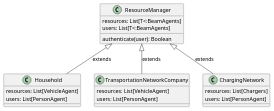
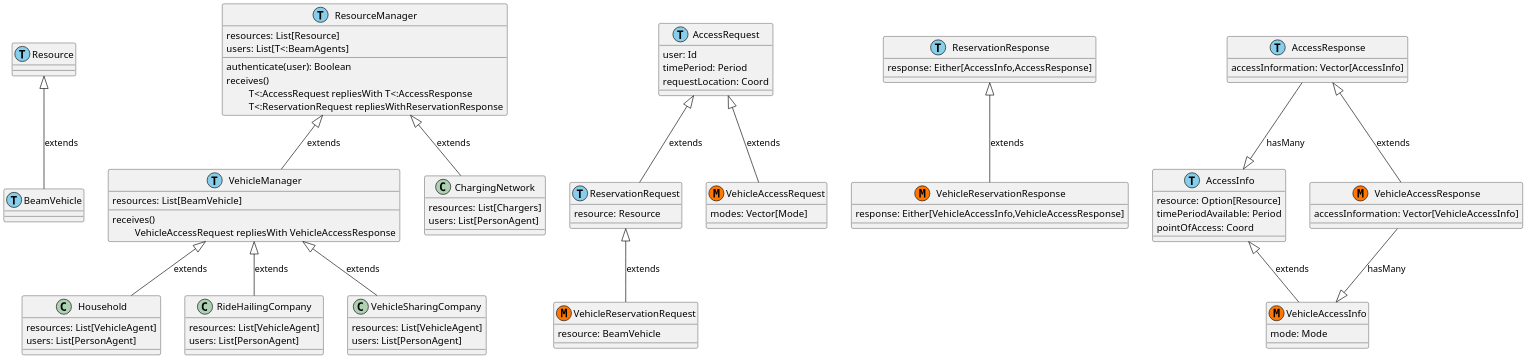
Before and after one commit to LBNL-UCB-STI/beam: the diagram in docs/uml/ResourceManagers.puml, drawn with PlantUML.

Commit message:
updated UML for resource mangers vehicle managers and related messages

```diff
--- a/docs/uml/ResourceManagers.puml
+++ b/docs/uml/ResourceManagers.puml
@@ -1,35 +1,96 @@
 @startuml
-scale 300 height
+scale 1000 height
 
 ' See this page for diagram conventions:
 ' http://plantuml.com/class-diagram
 
 /'
 NOTES:
  '/
+class Resource << (T,skyblue) >>{
+}
+class BeamVehicle << (T,skyblue) >>{
+}
 
-class ResourceManager{
-  resources: List[T<:BeamAgents]
+class ResourceManager << (T,skyblue) >>{
+  resources: List[Resource]
   users: List[T<:BeamAgents]
   authenticate(user): Boolean
+  receives()\n \t T<:AccessRequest repliesWith T<:AccessResponse \n \t T<:ReservationRequest repliesWithReservationResponse
+}
+class ReservationRequest << (T,skyblue) >>{
+    resource: Resource
+}
+class ReservationResponse << (T,skyblue) >>{
+    response: Either[AccessInfo,AccessResponse]
+}
+class VehicleReservationRequest << (M,#FF7700) >>{
+    resource: BeamVehicle
+}
+class VehicleReservationResponse << (M,#FF7700) >>{
+    response: Either[VehicleAccessInfo,VehicleAccessResponse]
+}
+class AccessRequest << (T,skyblue) >>{
+    user: Id
+    timePeriod: Period
+    requestLocation: Coord
+}
+class AccessResponse << (T,skyblue) >>{
+    accessInformation: Vector[AccessInfo]
+}
+class AccessInfo << (T,skyblue) >>{
+    resource: Option[Resource]
+    timePeriodAvailable: Period
+    pointOfAccess: Coord
+}
+class VehicleAccessResponse << (M,#FF7700) >>{
+    accessInformation: Vector[VehicleAccessInfo]
+}
+class VehicleAccessRequest << (M,#FF7700) >>{
+    modes: Vector[Mode]
+}
+class VehicleAccessInfo << (M,#FF7700) >>{
+    mode: Mode
+}
+
+class VehicleManager << (T,skyblue) >>{
+  resources: List[BeamVehicle]
+  receives()\n \t VehicleAccessRequest repliesWith VehicleAccessResponse
 }
 
 class Household{
   resources: List[VehicleAgent]
   users: List[PersonAgent]
 }
-class TransportationNetworkCompany {
+class RideHailingCompany {
+  resources: List[VehicleAgent]
+  users: List[PersonAgent]
+}
+class VehicleSharingCompany {
   resources: List[VehicleAgent]
   users: List[PersonAgent]
 }
 class ChargingNetwork{
   resources: List[Chargers]
   users: List[PersonAgent]
 }
 
-ResourceManager <|-- Household : extends
-ResourceManager <|-- TransportationNetworkCompany : extends
+ResourceManager <|-- VehicleManager : extends
+VehicleManager <|-- Household : extends
+VehicleManager <|-- RideHailingCompany: extends
+VehicleManager <|-- VehicleSharingCompany: extends
 ResourceManager <|-- ChargingNetwork : extends
 
+AccessRequest <|-- VehicleAccessRequest : extends
+AccessResponse --|> AccessInfo: hasMany
+AccessResponse <|-- VehicleAccessResponse: extends
+VehicleAccessResponse --|> VehicleAccessInfo: hasMany
+AccessInfo <|-- VehicleAccessInfo: extends
+
+Resource <|-- BeamVehicle : extends
+
+AccessRequest <|-- ReservationRequest : extends
+ReservationRequest <|-- VehicleReservationRequest : extends
+ReservationResponse <|-- VehicleReservationResponse : extends
 
 @enduml
```
